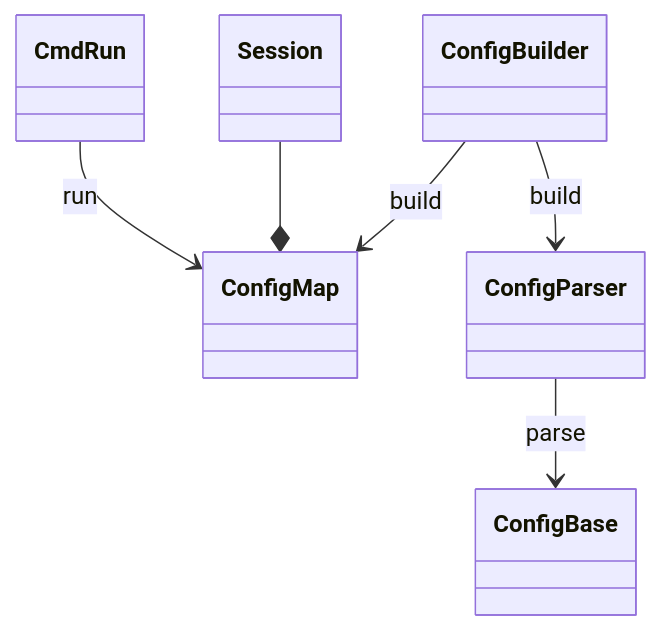
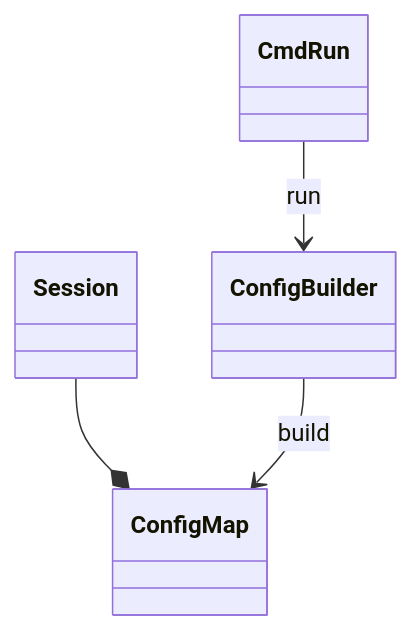
One commit to nextflow-io/nextflow changed the diagram in docs/developer/diagrams/nextflow.config.mmd. Above: the diagram before and after it, drawn with Mermaid. The commit also changed 16 other files, not shown here.

Commit message:
Update developer diagrams

```diff
--- a/docs/developer/diagrams/nextflow.config.mmd
+++ b/docs/developer/diagrams/nextflow.config.mmd
@@ -1,10 +1,7 @@
 classDiagram
     %%
     %% nextflow.config
     %%
-    CmdRun --> ConfigMap : run
     Session --* ConfigMap
-
-    ConfigBuilder --> ConfigParser : build
+    CmdRun --> ConfigBuilder : run
     ConfigBuilder --> ConfigMap : build
-    ConfigParser --> ConfigBase : parse
```
